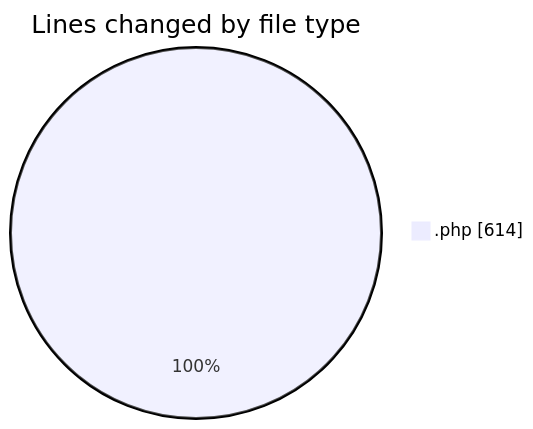
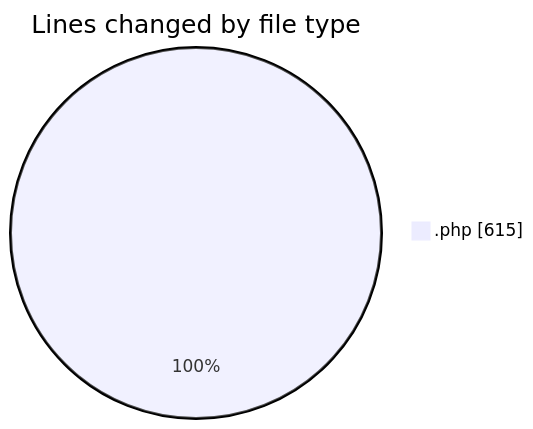
Before and after one commit to LanceThiago/code-tracking: the first of 2 diagrams in 2026-08-27/oficina/README.md, drawn with Mermaid. The commit also changed other lines of this file and 1 other file, not shown here.

````diff
--- a/2026-08-27/oficina/README.md
+++ b/2026-08-27/oficina/README.md
@@ -21,5 +21,5 @@
 ```mermaid
 pie showData
 title Lines changed by file type
-".php" : 614
+".php" : 615
 ```
````
